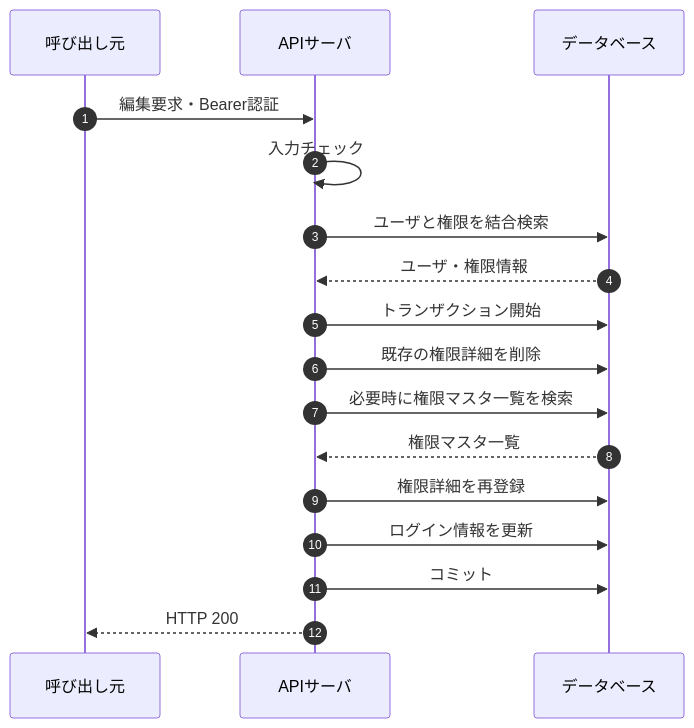
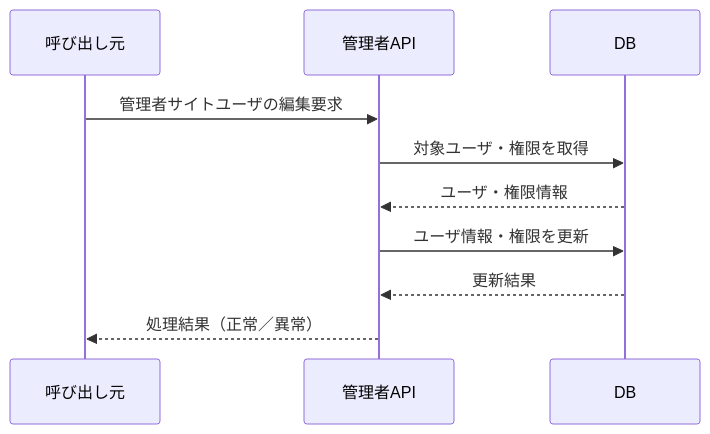
The first of 2 diagrams in ha-docs/design/05_rootapi/設計書_5.2.2.管理者サイトユーザ編集API.md (kohei-okazaki/work-3g), drawn with Mermaid before and after one commit. The commit also changed other lines of this file and 67 other files, not shown here.

````diff
--- a/ha-docs/design/05_rootapi/設計書_5.2.2.管理者サイトユーザ編集API.md
+++ b/ha-docs/design/05_rootapi/設計書_5.2.2.管理者サイトユーザ編集API.md
@@ -115,19 +10,12 @@
 ```mermaid
 sequenceDiagram
-    autonumber
-    participant Client as 呼び出し元
-    participant API as APIサーバ
-    participant DB as データベース
-    Client->>API: 編集要求・Bearer認証
-    API->>API: 入力チェック
-    API->>DB: ユーザと権限を結合検索
-    DB-->>API: ユーザ・権限情報
-    API->>DB: トランザクション開始
-    API->>DB: 既存の権限詳細を削除
-    API->>DB: 必要時に権限マスタ一覧を検索
-    DB-->>API: 権限マスタ一覧
-    API->>DB: 権限詳細を再登録
-    API->>DB: ログイン情報を更新
-    API->>DB: コミット
-    API-->>Client: HTTP 200
+    participant C as 呼び出し元
+    participant A as 管理者API
+    participant D as DB
+    C->>A: 管理者サイトユーザの編集要求
+    A->>D: 対象ユーザ・権限を取得
+    D-->>A: ユーザ・権限情報
+    A->>D: ユーザ情報・権限を更新
+    D-->>A: 更新結果
+    A-->>C: 処理結果（正常／異常）
 ```
````
